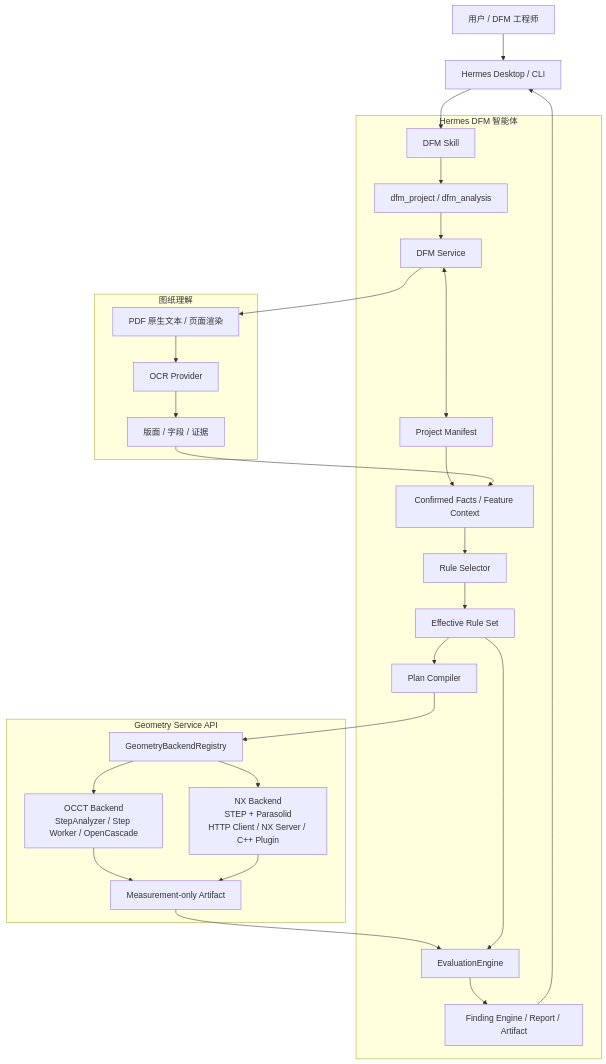
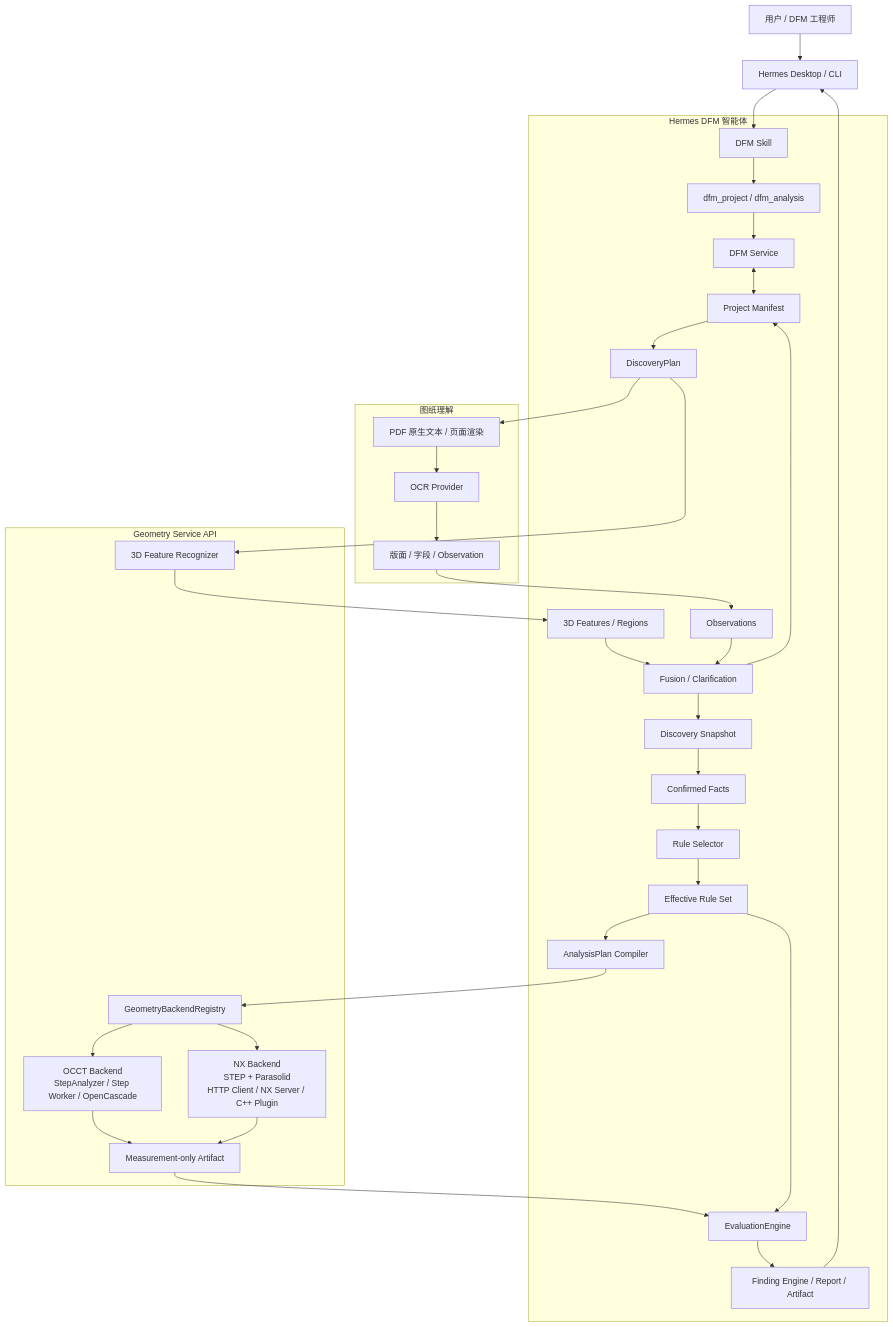
Before and after one commit to 1004860611/hermes-agent: the diagram in docs/plans/2026-07-23-dfm-team-architecture-and-ownership.md, drawn with Mermaid. The commit also changed other lines of this file and 74 other files, not shown here.

````diff
--- a/docs/plans/2026-07-23-dfm-team-architecture-and-ownership.md
+++ b/docs/plans/2026-07-23-dfm-team-architecture-and-ownership.md
@@ -67,47 +70,54 @@
 ```mermaid
 flowchart TB
     U[用户 / DFM 工程师]
     UI[Hermes Desktop / CLI]
 
     subgraph AGENT[Hermes DFM 智能体]
         SKILL[DFM Skill]
         TOOL[dfm_project / dfm_analysis]
         SERVICE[DFM Service]
         MANIFEST[Project Manifest]
-        FACTS[Confirmed Facts / Feature Context]
+        DISCOVERY[DiscoveryPlan]
+        OBS[Observations]
+        FEATURES[3D Features / Regions]
+        FUSION[Fusion / Clarification]
+        SNAPSHOT[Discovery Snapshot]
+        FACTS[Confirmed Facts]
         SELECTOR[Rule Selector]
         EFFECTIVE[Effective Rule Set]
-        PLAN[Plan Compiler]
+        PLAN[AnalysisPlan Compiler]
         EVALUATION[EvaluationEngine]
         FINDING[Finding Engine / Report / Artifact]
     end
 
     subgraph GEOMETRY[Geometry Service API]
         REGISTRY[GeometryBackendRegistry]
+        RECOGNIZER[3D Feature Recognizer]
         OCCT[OCCT Backend<br/>StepAnalyzer / Step Worker / OpenCascade]
         NX[NX Backend<br/>STEP + Parasolid<br/>HTTP Client / NX Server / C++ Plugin]
         MEASUREMENT[Measurement-only Artifact]
     end
 
     subgraph DRAWING[图纸理解]
         PDF[PDF 原生文本 / 页面渲染]
         OCR[OCR Provider]
-        LAYOUT[版面 / 字段 / 证据]
+        LAYOUT[版面 / 字段 / Observation]
     end
 
     U --> UI --> SKILL --> TOOL --> SERVICE
     SERVICE <--> MANIFEST
-    MANIFEST --> FACTS
-    FACTS --> SELECTOR --> EFFECTIVE --> PLAN
+    MANIFEST --> DISCOVERY
+    DISCOVERY --> RECOGNIZER --> FEATURES --> FUSION
+    DISCOVERY --> PDF --> OCR --> LAYOUT --> OBS --> FUSION
+    FUSION --> MANIFEST
+    FUSION --> SNAPSHOT --> FACTS --> SELECTOR --> EFFECTIVE --> PLAN
     PLAN --> REGISTRY
     REGISTRY --> OCCT
     REGISTRY --> NX
     OCCT --> MEASUREMENT
     NX --> MEASUREMENT
     MEASUREMENT --> EVALUATION
     EFFECTIVE --> EVALUATION
     EVALUATION --> FINDING
-    SERVICE --> PDF --> OCR --> LAYOUT
-    LAYOUT --> FACTS
     FINDING --> UI
 ```
````
